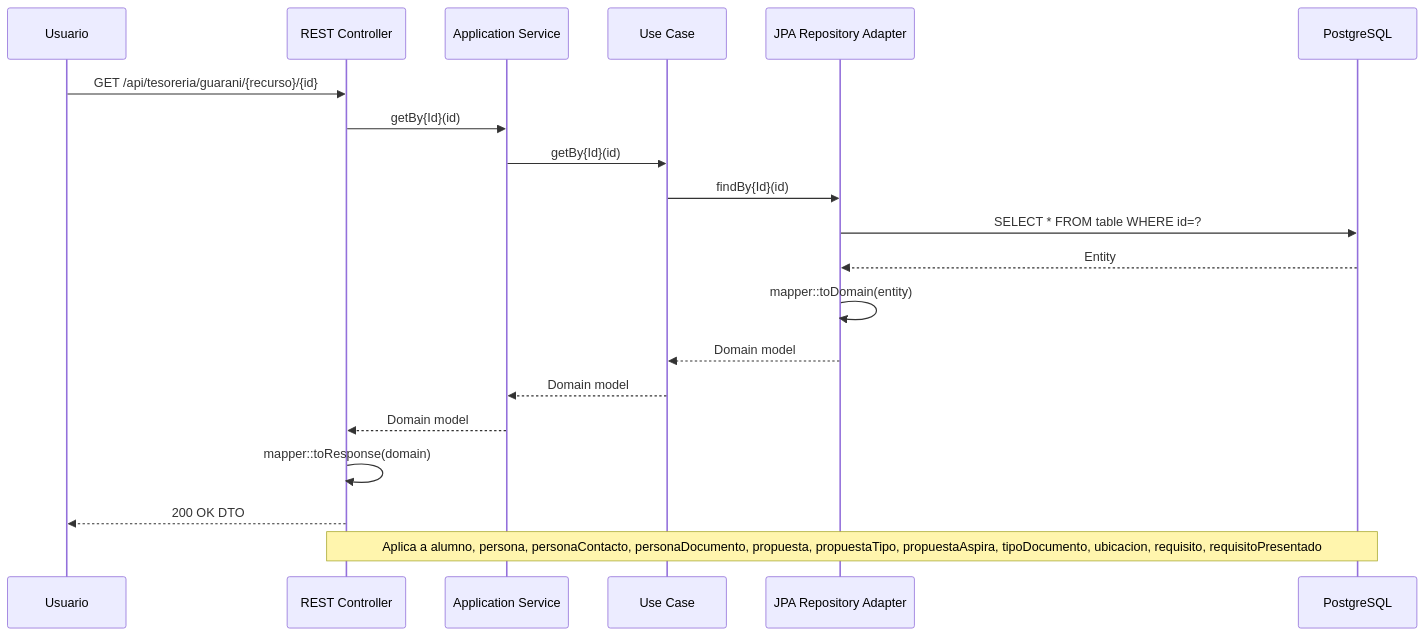
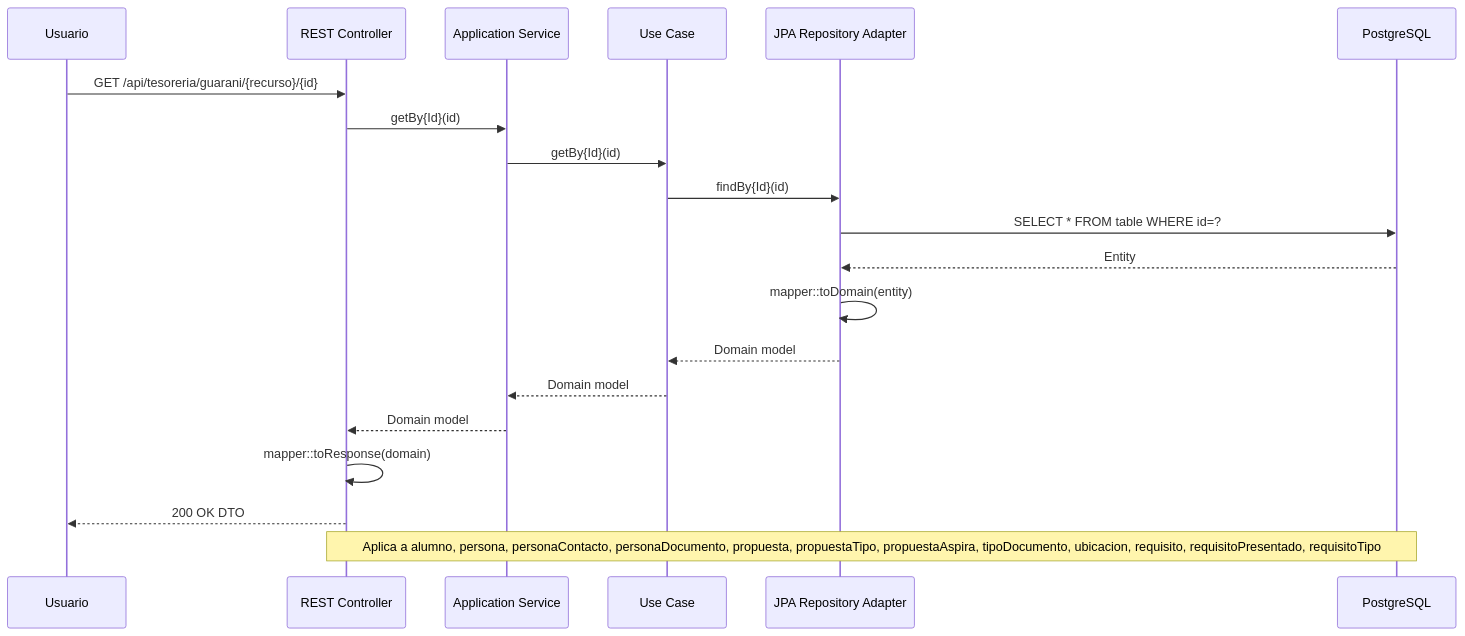
The diagram in docs/diagrams/hexagonal-endpoint.mmd (UM-services/UM.tesoreria.guarani-service), drawn with Mermaid before and after one commit. The commit also changed 339 other files, not shown here.

```diff
--- a/docs/diagrams/hexagonal-endpoint.mmd
+++ b/docs/diagrams/hexagonal-endpoint.mmd
@@ -1,21 +1,21 @@
 sequenceDiagram
     participant User as Usuario
     participant REST as REST Controller
     participant Service as Application Service
     participant UseCase as Use Case
     participant JPA as JPA Repository Adapter
     participant DB as PostgreSQL
 
     User->>REST: GET /api/tesoreria/guarani/{recurso}/{id}
     REST->>Service: getBy{Id}(id)
     Service->>UseCase: getBy{Id}(id)
     UseCase->>JPA: findBy{Id}(id)
     JPA->>DB: SELECT * FROM table WHERE id=?
     DB-->>JPA: Entity
     JPA->>JPA: mapper::toDomain(entity)
     JPA-->>UseCase: Domain model
     UseCase-->>Service: Domain model
     Service-->>REST: Domain model
     REST->>REST: mapper::toResponse(domain)
     REST-->>User: 200 OK DTO
-    Note over REST,DB: Aplica a alumno, persona, personaContacto, personaDocumento, propuesta, propuestaTipo, propuestaAspira, tipoDocumento, ubicacion, requisito, requisitoPresentado
+    Note over REST,DB: Aplica a alumno, persona, personaContacto, personaDocumento, propuesta, propuestaTipo, propuestaAspira, tipoDocumento, ubicacion, requisito, requisitoPresentado, requisitoTipo
```
